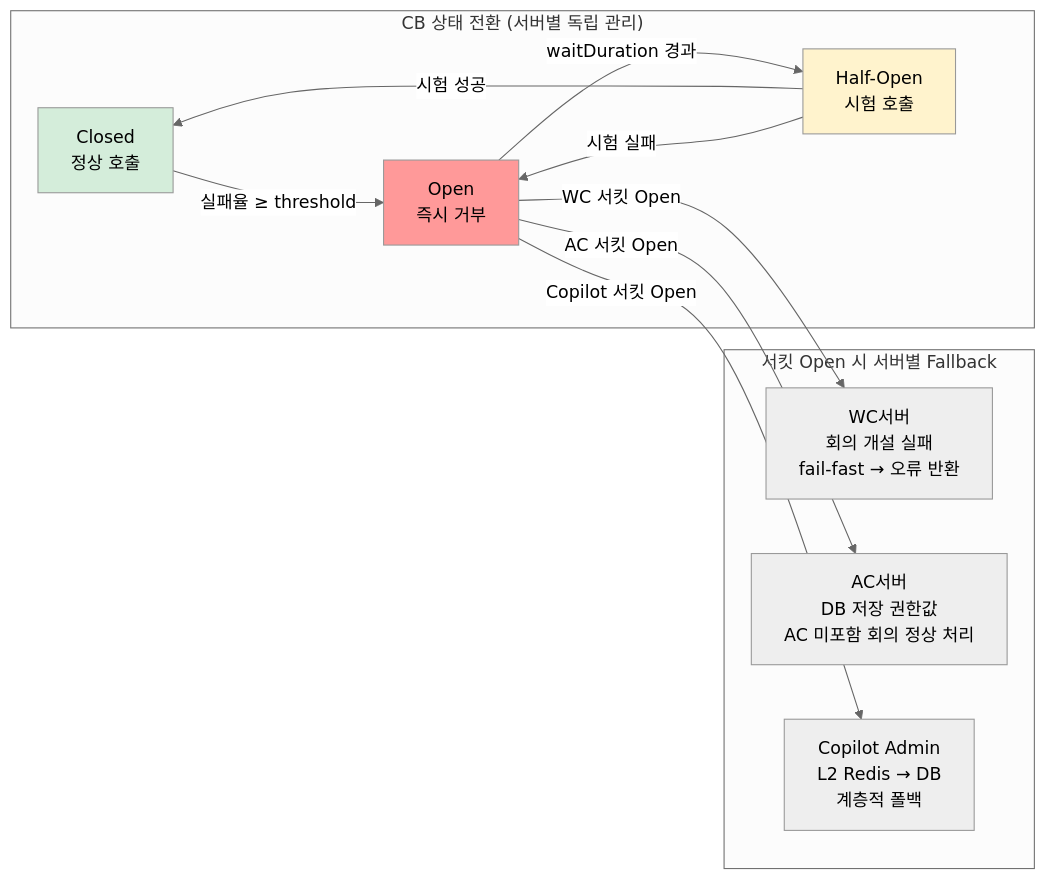
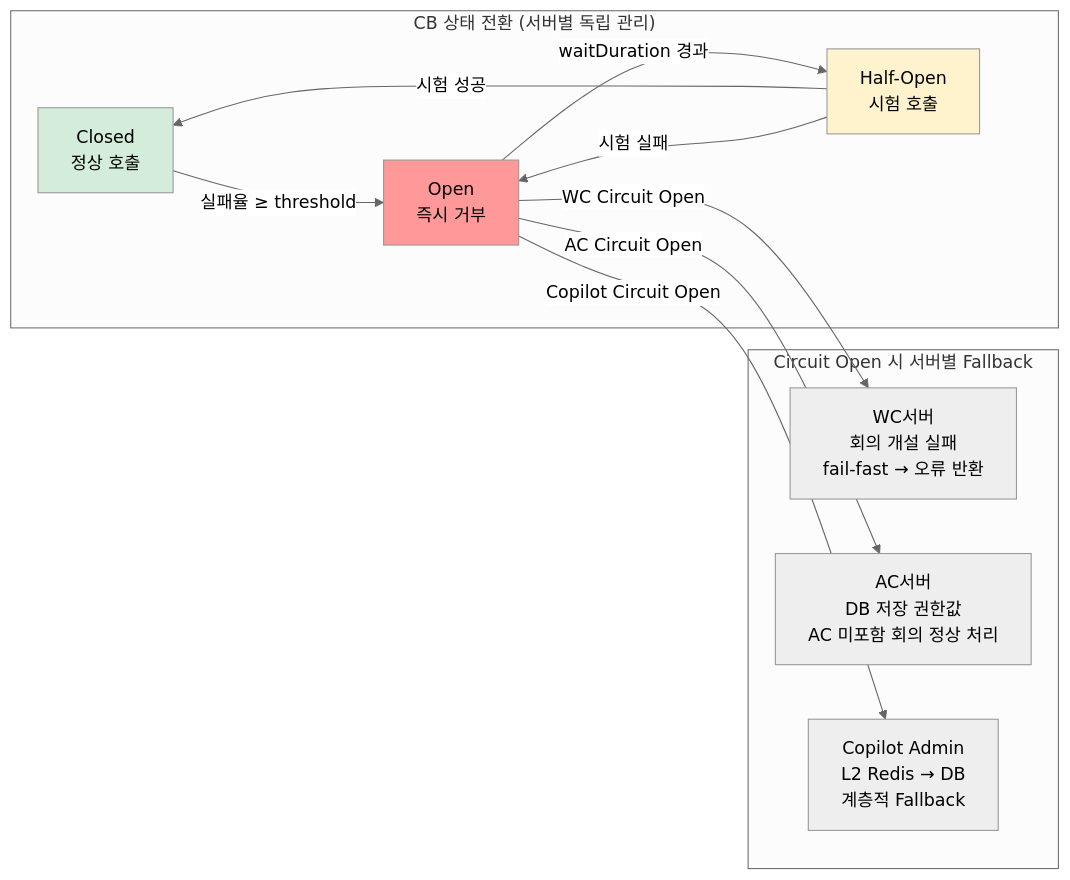
One commit to sujinnkim/A_Personal changed the fourth of 4 diagrams in docs/04-architecture-analysis/3.2-problem-analysis-and-strategy/AS-09-외부서버장애차단및계층복구.md. Above: the diagram before and after it, drawn with Mermaid (neutral theme). The commit also changed other lines of this file and 47 other files, not shown here.

````diff
--- a/docs/04-architecture-analysis/3.2-problem-analysis-and-strategy/AS-09-외부서버장애차단및계층복구.md
+++ b/docs/04-architecture-analysis/3.2-problem-analysis-and-strategy/AS-09-외부서버장애차단및계층복구.md
@@ -112,26 +112,26 @@
 ```mermaid
 flowchart LR
     subgraph STATE["CB 상태 전환 (서버별 독립 관리)"]
         CLOSED["Closed\n정상 호출"]
         OPEN["Open\n즉시 거부"]
         HALF["Half-Open\n시험 호출"]
         CLOSED -->|"실패율 ≥ threshold"| OPEN
         OPEN -->|"waitDuration 경과"| HALF
         HALF -->|"시험 성공"| CLOSED
         HALF -->|"시험 실패"| OPEN
     end
 
-    subgraph FALLBACK["서킷 Open 시 서버별 Fallback"]
+    subgraph FALLBACK["Circuit Open 시 서버별 Fallback"]
         WC_F["WC서버\n회의 개설 실패\nfail-fast → 오류 반환"]
         AC_F["AC서버\nDB 저장 권한값\nAC 미포함 회의 정상 처리"]
-        CP_F["Copilot Admin\nL2 Redis → DB\n계층적 폴백"]
+        CP_F["Copilot Admin\nL2 Redis → DB\n계층적 Fallback"]
     end
 
-    OPEN -->|WC 서킷 Open| WC_F
-    OPEN -->|AC 서킷 Open| AC_F
-    OPEN -->|Copilot 서킷 Open| CP_F
+    OPEN -->|WC Circuit Open| WC_F
+    OPEN -->|AC Circuit Open| AC_F
+    OPEN -->|Copilot Circuit Open| CP_F
 
     style CLOSED fill:#d4edda,color:#000
     style OPEN fill:#ff9999,color:#000
     style HALF fill:#fff3cd,color:#000
 ```
````
